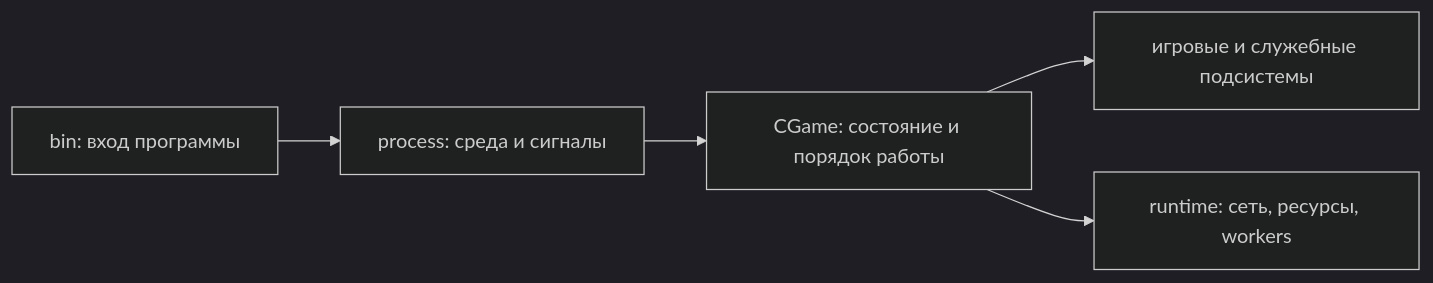
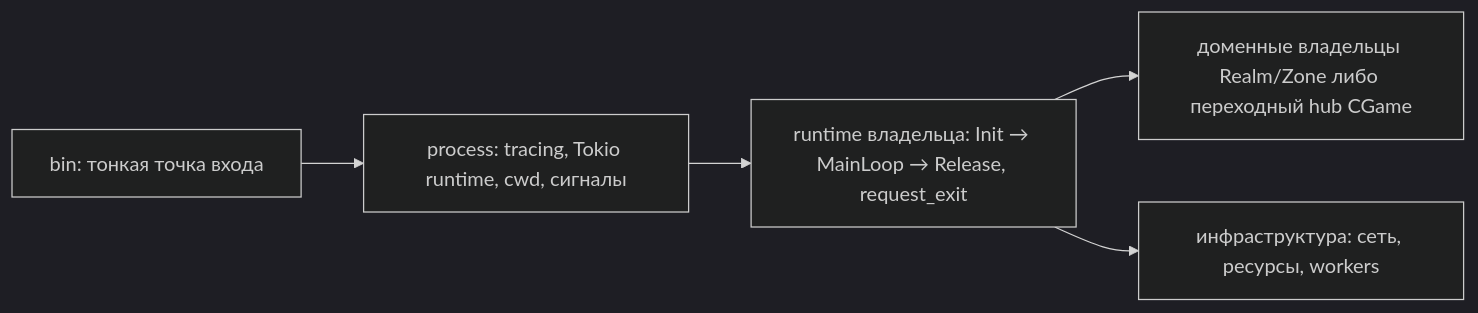
Before and after one commit to AsukaSuiD/Nebokrai: the diagram in docs/server/process-model.md, drawn with Mermaid (dark theme). The commit also changed other lines of this file and 8 other files, not shown here.

````diff
--- a/docs/server/process-model.md
+++ b/docs/server/process-model.md
@@ -5,7 +9,7 @@
 ```mermaid
 flowchart LR
-  bin["bin: вход программы"] --> process["process: среда и сигналы"]
-  process --> game["CGame: состояние и порядок работы"]
-  game --> domain["игровые и служебные подсистемы"]
-  game --> runtime["runtime: сеть, ресурсы, workers"]
+  bin["bin: тонкая точка входа"] --> process["process: tracing, Tokio runtime, cwd, сигналы"]
+  process --> runtime["runtime владельца: Init → MainLoop → Release, request_exit"]
+  runtime --> domain["доменные владельцы Realm/Zone либо переходный hub CGame"]
+  runtime --> infra["инфраструктура: сеть, ресурсы, workers"]
 ```
````
